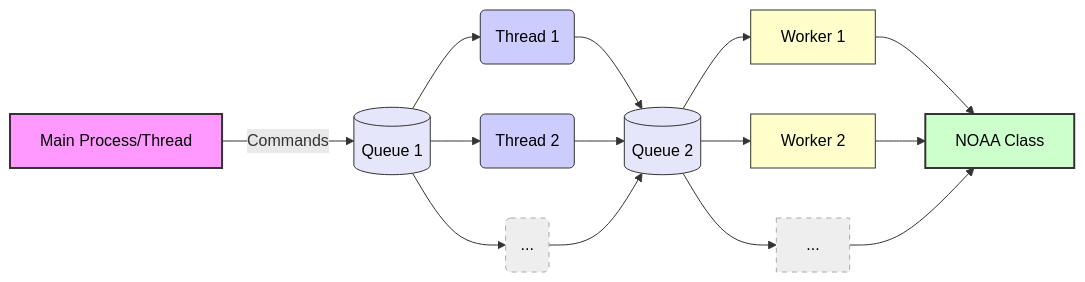
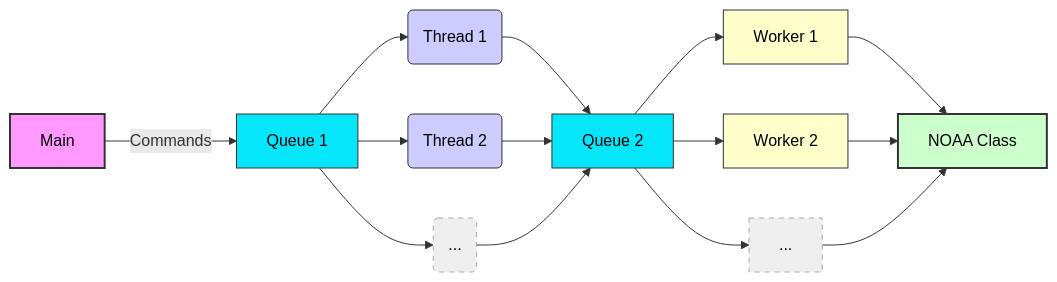
The diagram in lesson_04/canvas/prove.md (byui-cse/cse351-student-version), drawn with Mermaid before and after one commit.

Commit message:
assignment 04 updates

````diff
--- a/lesson_04/canvas/prove.md
+++ b/lesson_04/canvas/prove.md
@@ -40,42 +40,42 @@
 ```mermaid
 graph LR
-    main[Main Process/Thread]
-    Q1[(Queue 1)]
+    main[Main]
+    Q1[Queue 1]
     T1(Thread 1)
     T2(Thread 2)
     TN(...)
-    Q2[(Queue 2)]
+    Q2[Queue 2]
     W1[Worker 1]
     W2[Worker 2]
     WN[...]
     NOAA_Class[NOAA Class]
 
     main -- Commands --> Q1;
 
     Q1 --> T1;
     Q1 --> T2;
     Q1 --> TN;
 
     T1 --> Q2;
     T2 --> Q2;
     TN --> Q2;
 
     Q2 --> W1;
     Q2 --> W2;
     Q2 --> WN;
 
     W1 --> NOAA_Class;
     W2 --> NOAA_Class;
     WN --> NOAA_Class;
 
 style main fill:#f9f,stroke:#333,stroke-width:2px,color:#000
-style Q1 fill:#e6e6fa,stroke:#333,stroke-width:1px,color:#000
-style Q2 fill:#e6e6fa,stroke:#333,stroke-width:1px,color:#000
+style Q1 fill:#06e6fa,stroke:#333,stroke-width:1px,color:#000
+style Q2 fill:#06e6fa,stroke:#333,stroke-width:1px,color:#000
 style T1 fill:#ccf,stroke:#333,stroke-width:1px,color:#000
 style T2 fill:#ccf,stroke:#333,stroke-width:1px,color:#000
 style TN fill:#eee,stroke:#aaa,stroke-width:1px,stroke-dasharray: 5 5,color:#000
 style W1 fill:#ffc,stroke:#333,stroke-width:1px,color:#000
 style W2 fill:#ffc,stroke:#333,stroke-width:1px,color:#000
 style WN fill:#eee,stroke:#aaa,stroke-width:1px,stroke-dasharray: 5 5,color:#000
 style NOAA_Class fill:#cfc,stroke:#333,stroke-width:2px,color:#000
 ```
````
